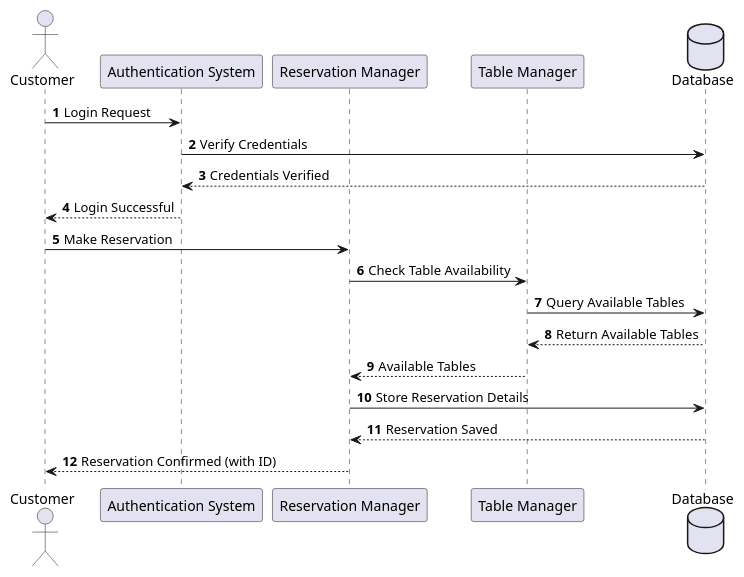
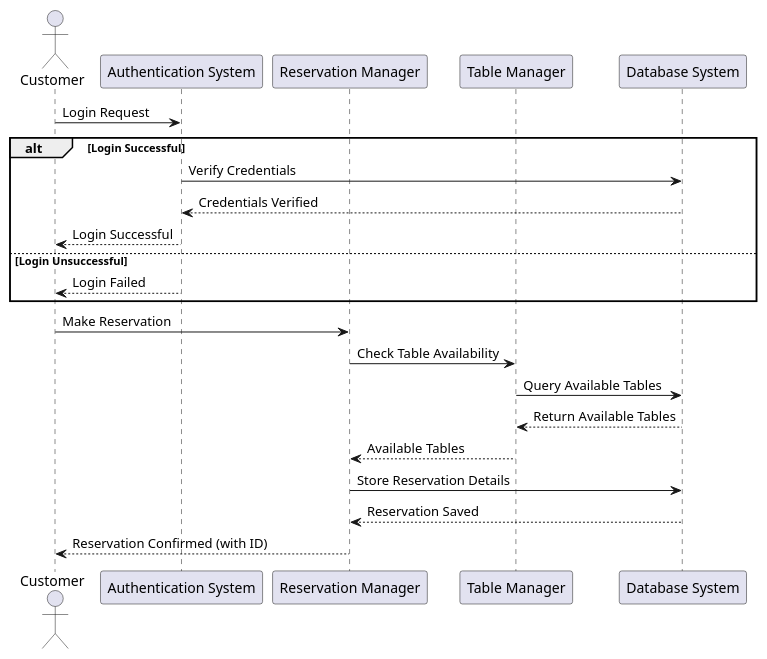
Before and after one commit to Basmalamoustafa/Aura-Restaurant-Management-System: the diagram in resto_sequence1.puml, drawn with PlantUML. The commit also changed 2 other files, not shown here.

Commit message:
Update diagrams

```diff
--- a/resto_sequence1.puml
+++ b/resto_sequence1.puml
@@ -1,26 +1,28 @@
 @startuml
-'https://plantuml.com/sequence-diagram
-
-autonumber
+'autonumber
 
 actor Customer
 participant "Authentication System"
 participant "Reservation Manager"
 participant "Table Manager"
-database Database
+participant "Database System"
 
 Customer -> "Authentication System": Login Request
-"Authentication System" -> Database: Verify Credentials
-Database --> "Authentication System": Credentials Verified
-"Authentication System" --> Customer: Login Successful
+alt Login Successful
+    "Authentication System" -> "Database System": Verify Credentials
+    "Database System" --> "Authentication System": Credentials Verified
+    "Authentication System" --> Customer: Login Successful
+else Login Unsuccessful
+    "Authentication System" --> Customer: Login Failed
+end
 
 Customer -> "Reservation Manager": Make Reservation
 "Reservation Manager" -> "Table Manager": Check Table Availability
-"Table Manager" -> Database: Query Available Tables
-Database --> "Table Manager": Return Available Tables
+"Table Manager" -> "Database System": Query Available Tables
+"Database System" --> "Table Manager": Return Available Tables
 "Table Manager" --> "Reservation Manager": Available Tables
 
-"Reservation Manager" -> Database: Store Reservation Details
-Database --> "Reservation Manager": Reservation Saved
+"Reservation Manager" -> "Database System": Store Reservation Details
+"Database System" --> "Reservation Manager": Reservation Saved
 "Reservation Manager" --> Customer: Reservation Confirmed (with ID)
 @enduml
```
